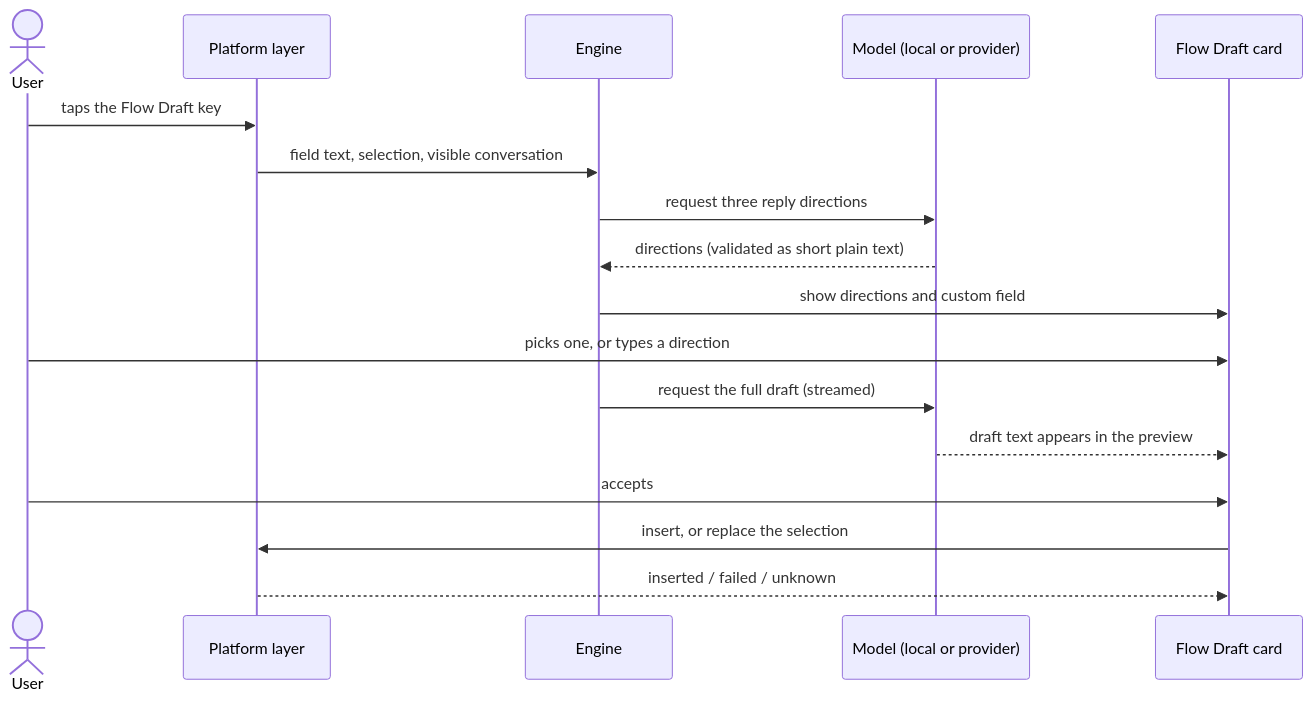
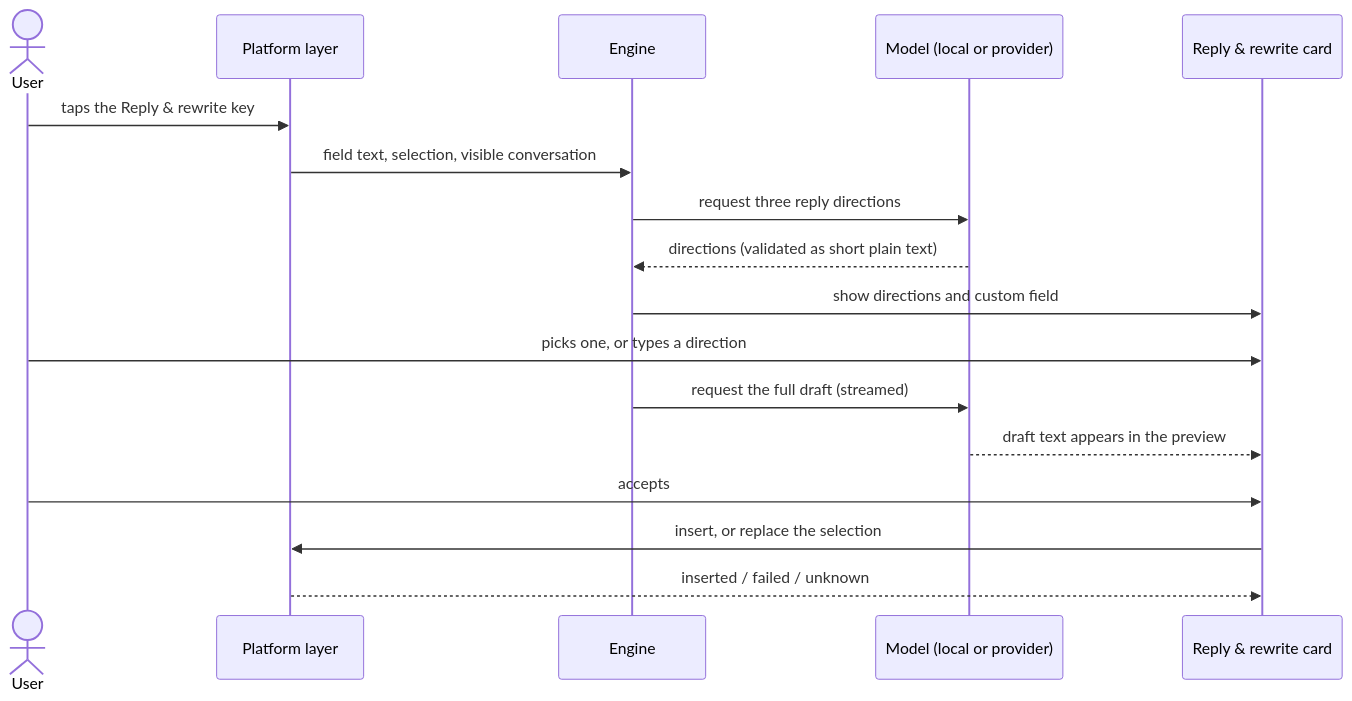
Before and after one commit to saatvik333/ghostcaret: the third of 3 diagrams in docs/architecture.md, drawn with Mermaid. The commit also changed other lines of this file and 2 other files, not shown here.

Commit message:
docs: rename to Ghostcaret and Reply & rewrite; update build order and cloud key handling

````diff
--- a/docs/architecture.md
+++ b/docs/architecture.md
@@ -178,19 +178,19 @@
 ```mermaid
 sequenceDiagram
   actor U as User
   participant P as Platform layer
   participant E as Engine
   participant M as Model (local or provider)
-  participant C as Flow Draft card
-  U->>P: taps the Flow Draft key
+  participant C as Reply & rewrite card
+  U->>P: taps the Reply & rewrite key
   P->>E: field text, selection, visible conversation
   E->>M: request three reply directions
   M-->>E: directions (validated as short plain text)
   E->>C: show directions and custom field
   U->>C: picks one, or types a direction
   E->>M: request the full draft (streamed)
   M-->>C: draft text appears in the preview
   U->>C: accepts
   C->>P: insert, or replace the selection
   P-->>C: inserted / failed / unknown
 ```
````
